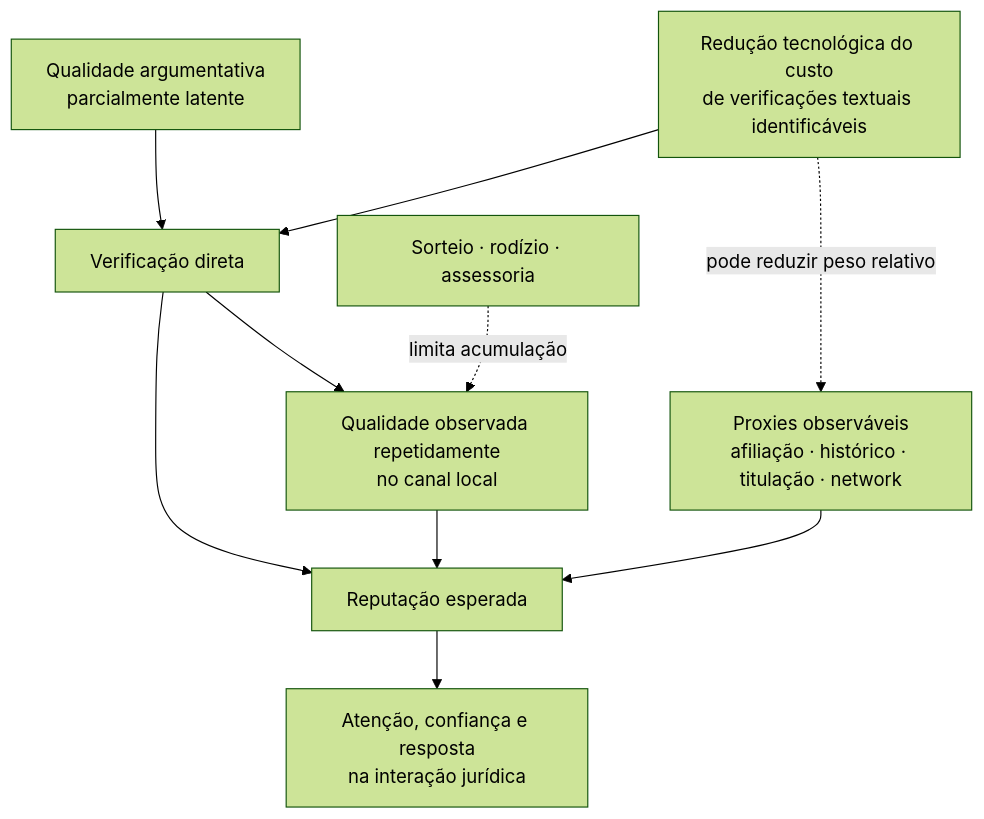
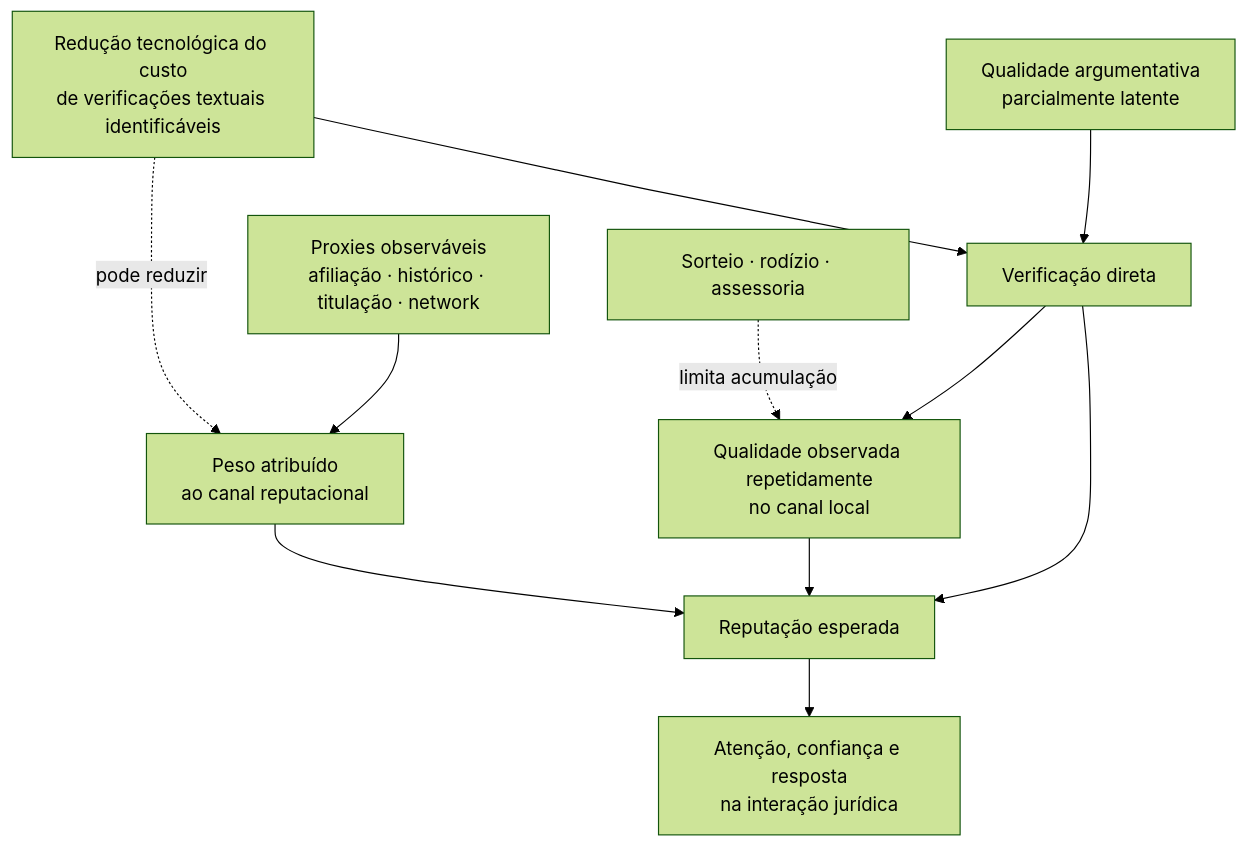
Before and after one commit to franklinbaldo/papers: the diagram in paper1F_reputacao_sistema_juridico.md, drawn with Mermaid (forest theme). The commit also changed 3 other files, not shown here.

Commit message:
docs: tighten diagram semantics

````diff
--- a/paper1F_reputacao_sistema_juridico.md
+++ b/paper1F_reputacao_sistema_juridico.md
@@ -391,13 +391,14 @@
 ```mermaid
 flowchart TD
     Q[Qualidade argumentativa<br/>parcialmente latente] --> D[Verificação direta]
-    P[Proxies observáveis<br/>afiliação · histórico · titulação · network] --> R[Reputação esperada]
+    P[Proxies observáveis<br/>afiliação · histórico · titulação · network] --> W[Peso atribuído<br/>ao canal reputacional]
+    W --> R[Reputação esperada]
     D --> R
     R --> T[Atenção, confiança e resposta<br/>na interação jurídica]
 
     C[Redução tecnológica do custo<br/>de verificações textuais identificáveis] --> D
-    C -. pode reduzir peso relativo .-> P
+    C -. pode reduzir .-> W
     D --> L[Qualidade observada repetidamente<br/>no canal local]
     L --> R
     F[Sorteio · rodízio · assessoria] -. limita acumulação .-> L
 ```
````
